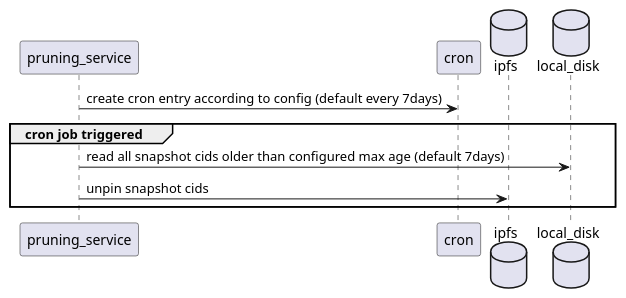
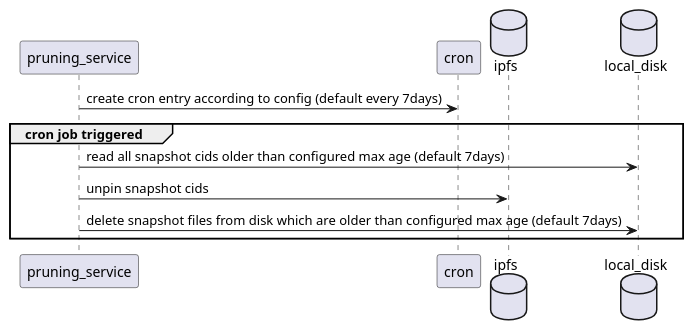
Before and after one commit to PowerLoom/audit-protocol: the diagram in docs/Diagrams/pruning_service.puml, drawn with PlantUML. The commit also changed 17 other files, not shown here.

```diff
--- a/docs/Diagrams/pruning_service.puml
+++ b/docs/Diagrams/pruning_service.puml
@@ -1,16 +1,18 @@
 @startuml "pruning_service"
 
 participant "pruning_service" as ps
 participant cron
 database ipfs
 database local_disk
 
 ps -> cron: create cron entry according to config (default every 7days)
 
 group cron job triggered
     ps -> local_disk: read all snapshot cids older than configured max age (default 7days)
 
     ps -> ipfs: unpin snapshot cids
+
+    ps -> local_disk: delete snapshot files from disk which are older than configured max age (default 7days)
 end
 
 @enduml
```
